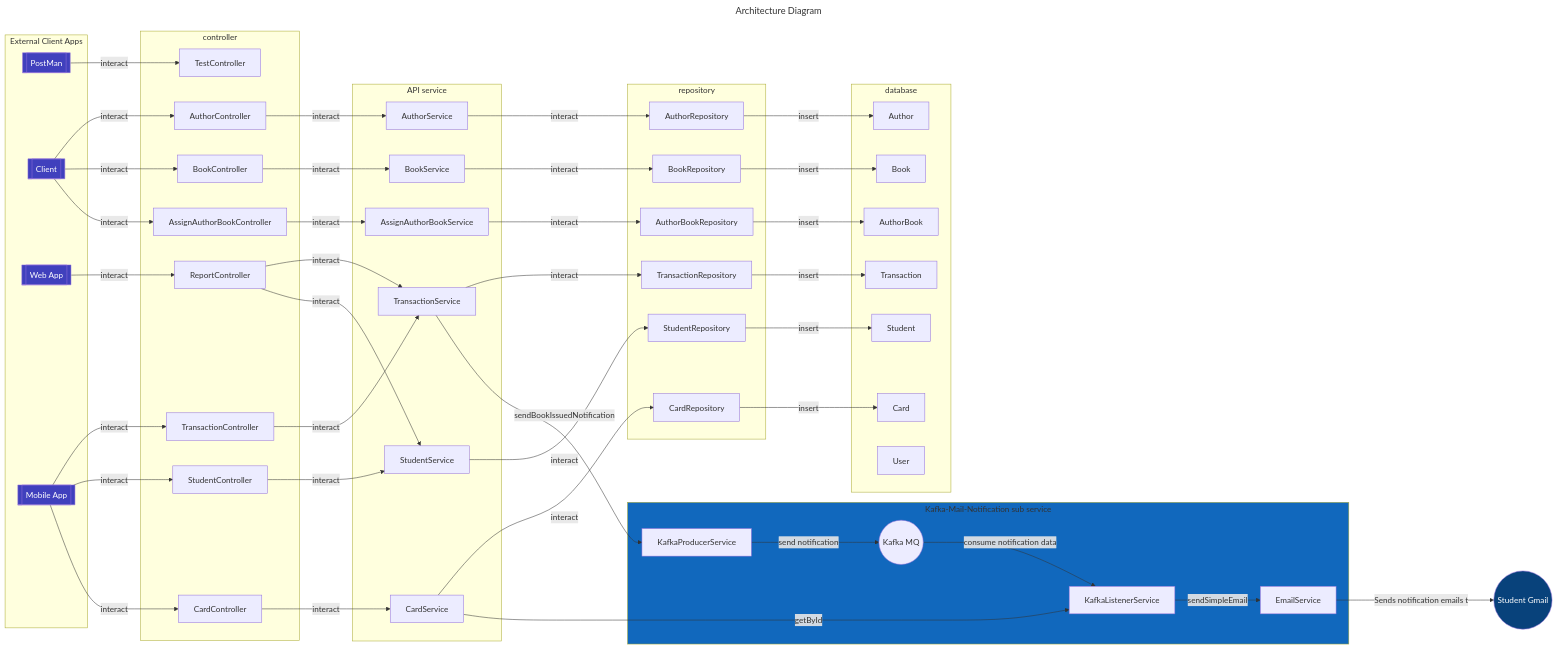
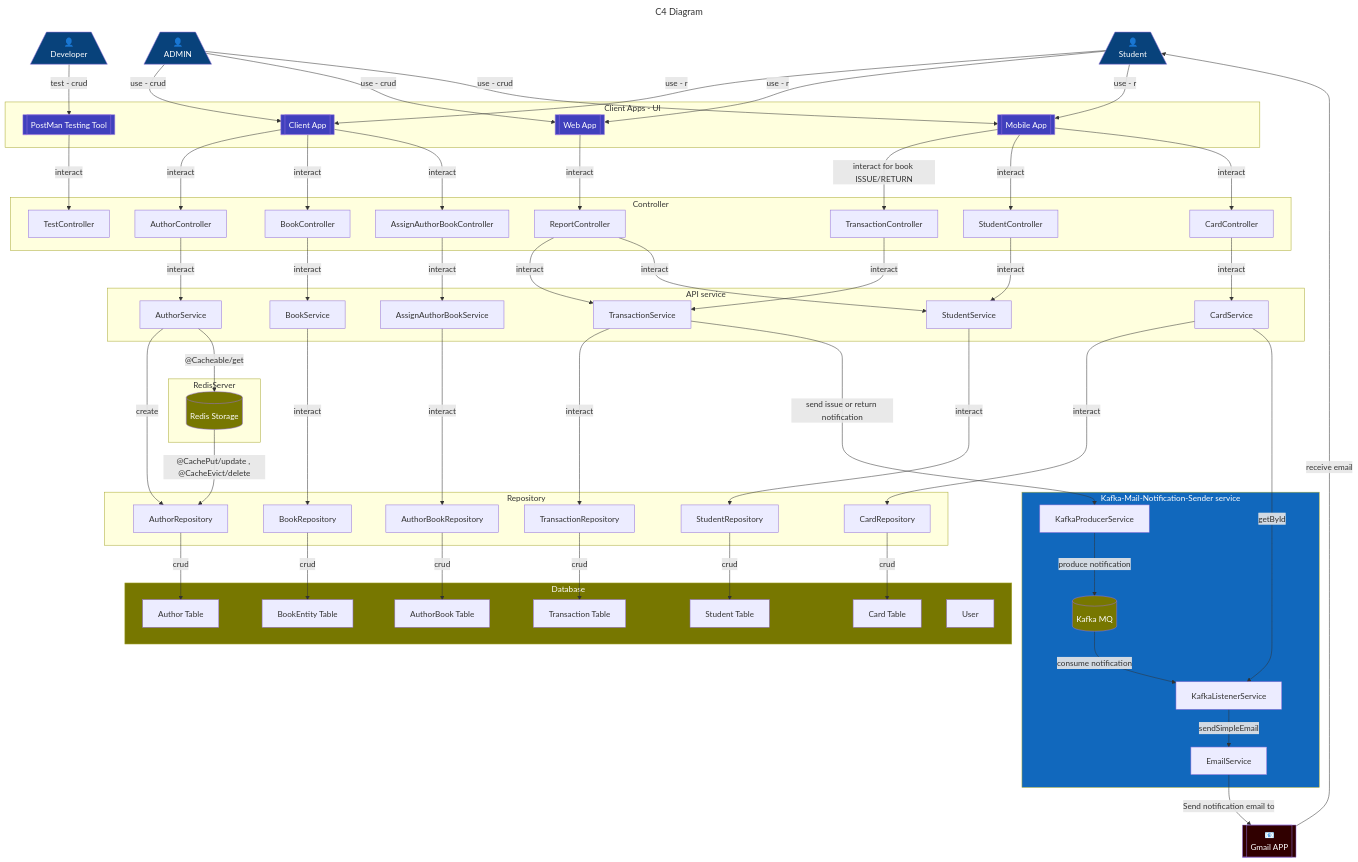
Before and after one commit to swarnava-code/Digital-Library-Backend-using-Spring-Boot: the second of 2 diagrams in README.md, drawn with Mermaid. The commit also changed other lines of this file, not shown here.

Commit message:
update c4 diagram

````diff
--- a/README.md
+++ b/README.md
@@ -157,73 +154,83 @@
 ```mermaid
 ---
-title: Architecture Diagram
+title: C4 Diagram
 ---
-flowchart LR
+flowchart TD
+    Student[/"👤\n Student"\]:::person
+    TechnicalPerson[/"👤\n Developer"\]:::person
+    Admin[/"👤\n ADMIN"\]:::person
+    Gmail[["📧\n Gmail APP"]]:::externalApp
+    TechnicalPerson -- test - crud --> PostMan
+    Admin -- use - crud --> Client
+    Admin -- use - crud --> WebApp
+    Admin -- use - crud --> MobileApp
+    Student -- use - r --> Client
+    Student -- use - r --> WebApp
+    Student -- use - r --> MobileApp
+    Gmail -- receive email --> Student
 
-    subgraph externalClientApp[External Client Apps]
-        PostMan[["PostMan"]]:::externalSystem
-        Client[["Client"]]:::externalSystem
+    subgraph ClientApp[Client Apps - UI]
+        PostMan[["PostMan Testing Tool"]]:::externalSystem
+        Client[["Client App"]]:::externalSystem
         WebApp[["Web App"]]:::externalSystem
         MobileApp[["Mobile App"]]:::externalSystem
     end
-
-    subgraph controller
-        PostMan--interact-->TestController
-        Client--interact-->AuthorController
-        Client--interact-->BookController
-        Client--interact-->AssignAuthorBookController
-        MobileApp--interact-->TransactionController
-        MobileApp--interact-->StudentController
-        MobileApp--interact-->CardController
-        WebApp--interact-->ReportController
-   end
-
-    subgraph apiService["API service"]
-        AuthorController--interact-->AuthorService
-        BookController--interact-->BookService
-        AssignAuthorBookController--interact-->AssignAuthorBookService
-        StudentController--interact-->StudentService
-        CardController--interact-->CardService
-        TransactionController--interact-->TransactionService
-        ReportController--interact-->TransactionService
-        ReportController--interact-->StudentService
+    subgraph Controller
+        PostMan -- interact --> TestController
+        Client -- interact --> AuthorController
+        Client -- interact --> BookController
+        Client -- interact --> AssignAuthorBookController
+        MobileApp -- interact for book ISSUE/RETURN --> TransactionController
+        MobileApp -- interact --> StudentController
+        MobileApp -- interact --> CardController
+        WebApp -- interact --> ReportController
     end
-    
-    subgraph repository
-        AuthorService--interact-->AuthorRepository
-        BookService--interact-->BookRepository
-        AssignAuthorBookService--interact-->AuthorBookRepository
-        StudentService--interact-->StudentRepository
-        CardService--interact-->CardRepository
-        TransactionService--interact-->TransactionRepository
+    subgraph ApiService["API service"]
+        AuthorController -- interact --> AuthorService
+        BookController -- interact --> BookService
+        AssignAuthorBookController -- interact --> AssignAuthorBookService
+        StudentController -- interact --> StudentService
+        CardController -- interact --> CardService
+        TransactionController -- interact --> TransactionService
+        ReportController -- interact --> TransactionService
+        ReportController -- interact --> StudentService
     end
-
-    subgraph entity["database"]
-        AuthorRepository--insert-->Author
-        BookRepository--insert-->Book
-        AuthorBookRepository--insert-->AuthorBook
-        StudentRepository--insert-->Student
-        CardRepository--insert-->Card
-        TransactionRepository--insert-->Transaction
+    subgraph RedisServer[RedisServer]
+        Redis[("Redis Storage")]:::dataStorage
+    end
+    subgraph Repository
+        AuthorService -- create --> AuthorRepository
+        BookService -- interact --> BookRepository
+        AssignAuthorBookService -- interact --> AuthorBookRepository
+        StudentService -- interact --> StudentRepository
+        CardService -- interact --> CardRepository
+        TransactionService -- interact --> TransactionRepository
+        AuthorService -- @Cacheable/get --> Redis
+        Redis -- @CachePut/update , @CacheEvict/delete --> AuthorRepository
+    end
+    subgraph Entity["Database"]
+        AuthorRepository -- crud --> AuthorEntity["Author Table"]
+        BookRepository -- crud --> BookEntityEntity["BookEntity Table"]
+        AuthorBookRepository -- crud --> AuthorBookEntity["AuthorBook Table"]
+        StudentRepository -- crud --> StudentEntity["Student Table"]
+        CardRepository -- crud --> CardEntity["Card Table"]
+        TransactionRepository -- crud --> TransactionEntity["Transaction Table"]
         User
     end
-
-    subgraph kafkaService["Kafka-Mail-Notification sub service"]
-        KafkaListenerService--sendSimpleEmail-->EmailService
-        CardService--getById-->KafkaListenerService
-        KafkaProducerService
-        Kafka(("Kafka MQ"))--consume notification data-->KafkaListenerService
-        TransactionService--sendBookIssuedNotification-->KafkaProducerService
-        KafkaProducerService--send notification-->Kafka
+    Entity:::dataStorage
+    subgraph KafkaService["Kafka-Mail-Notification-Sender service"]
+        KafkaListenerService -- sendSimpleEmail --> EmailService
+        CardService -- getById --> KafkaListenerService
+        TransactionService -- send issue or return notification ---> KafkaProducerService
+        KafkaProducerService -- produce notification --> Kafka
+        Kafka[("Kafka MQ")]:::dataStorage -- consume notification --> KafkaListenerService
     end
-    kafkaService:::internalSystem
-    
-    EmailService--Sends notification emails to-->StudentGmail(("Student Gmail"))
-    StudentGmail:::person
-    
-
+    KafkaService:::internalSystem
+    EmailService -- Send notification email to --> Gmail
 %% Element type definitions
-    classDef person fill:#08427b, color:#fff
-    classDef internalSystem fill:#1168bd
-    classDef externalSystem fill:#4040bd, color:#fff
+    classDef person fill: #08427b, color: #fff
+    classDef internalSystem fill: #1168bd, color: #fff
+    classDef externalSystem fill: #4040bd, color: #fff
+    classDef externalApp fill: #300000, color: #fff
+    classDef dataStorage fill: #777700, color: #fff
 ```
````
